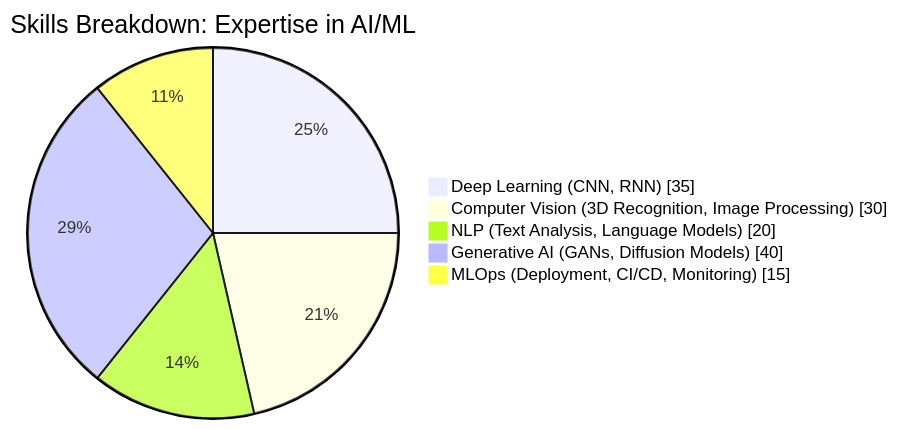
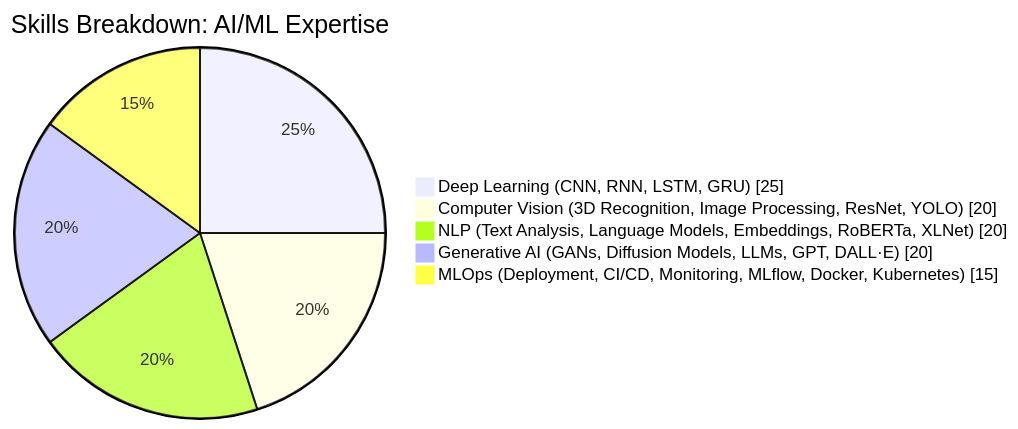
The second of 7 diagrams in README.md (ennajari/ennajari), drawn with Mermaid before and after one commit. The commit also changed other lines of this file, not shown here.

````diff
--- a/README.md
+++ b/README.md
@@ -108,9 +108,9 @@
   ```mermaid
 pie showData
-    title Skills Breakdown: Expertise in AI/ML
-    "Deep Learning (CNN, RNN)" : 35
-    "Computer Vision (3D Recognition, Image Processing)" : 30
-    "NLP (Text Analysis, Language Models)" : 20
-    "Generative AI (GANs, Diffusion Models)" : 40
-    "MLOps (Deployment, CI/CD, Monitoring)" : 15
+    title Skills Breakdown: AI/ML Expertise
+    "Deep Learning (CNN, RNN, LSTM, GRU)" : 25
+    "Computer Vision (3D Recognition, Image Processing, ResNet, YOLO)" : 20
+    "NLP (Text Analysis, Language Models, Embeddings, RoBERTa, XLNet)" : 20
+    "Generative AI (GANs, Diffusion Models, LLMs, GPT, DALL·E)" : 20
+    "MLOps (Deployment, CI/CD, Monitoring, MLflow, Docker, Kubernetes)" : 15
  ```
````
